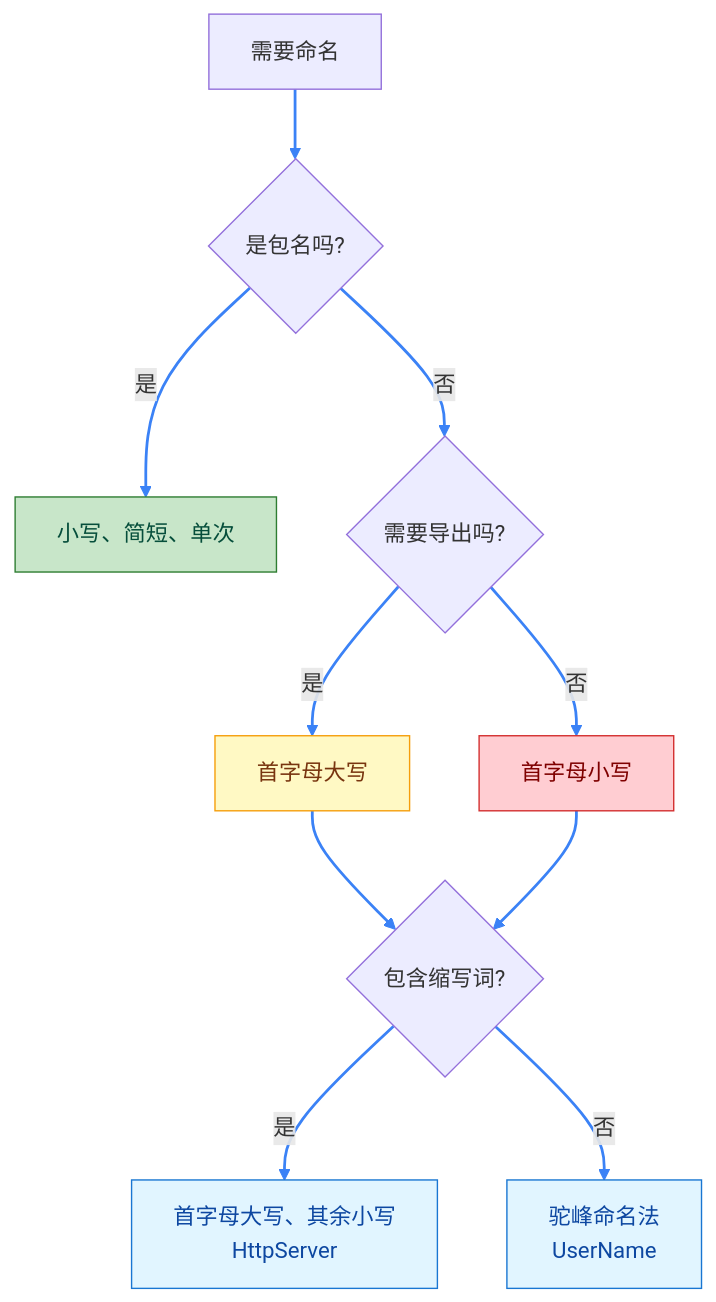
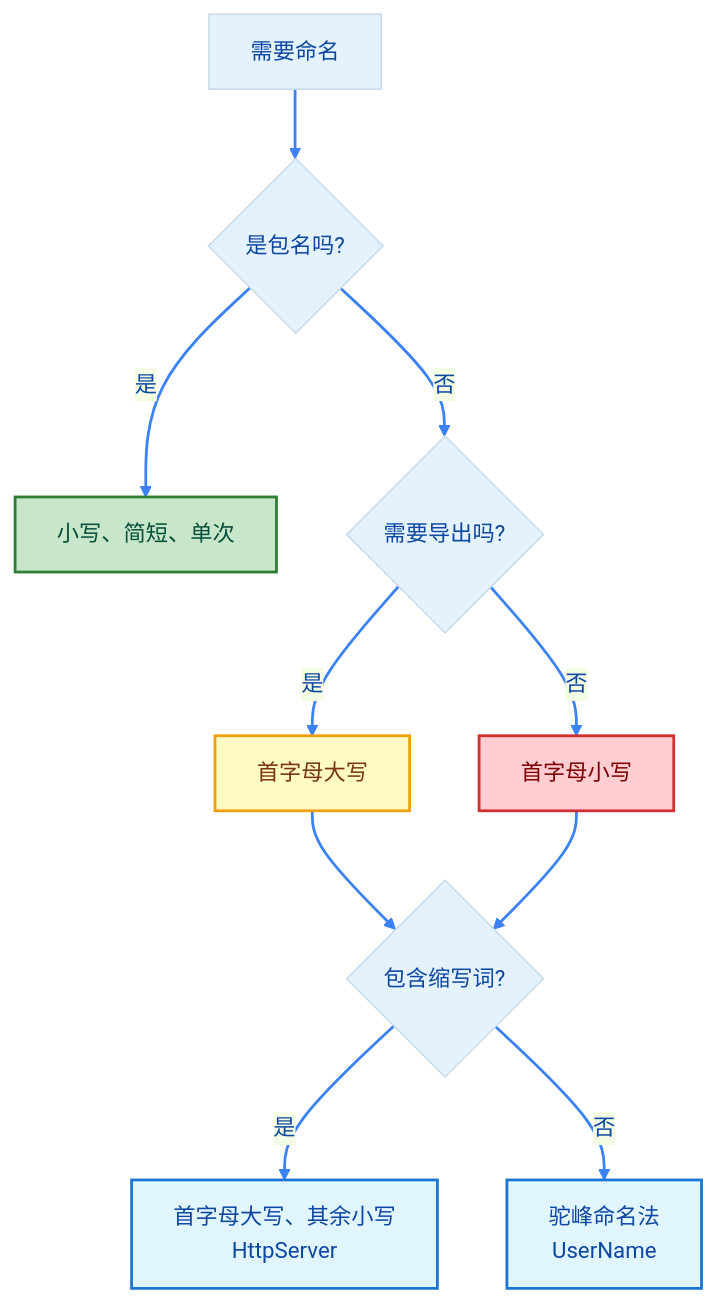
The diagram in docs/zh/golang/fundamentals/naming-conventions.mdx (lazygophers/knowledge), drawn with Mermaid before and after one commit. The commit also changed 10 other files, not shown here.

First line of the commit message:
docs(golang): 修复 Mermaid 箭头样式和连接线颜色

````diff
--- a/docs/zh/golang/fundamentals/naming-conventions.mdx
+++ b/docs/zh/golang/fundamentals/naming-conventions.mdx
@@ -233,28 +233,29 @@
 ```mermaid
+%%{init: {'theme':'base', 'themeVariables': { 'lineColor':'#3b82f6', 'primaryColor':'#e3f2fd', 'primaryTextColor':'#0d47a1'}}}%%
 flowchart TD
     A[需要命名] --> B{是包名吗?}
     B -->|是| C[小写、简短、单次]
     B -->|否| D{需要导出吗?}
 
     D -->|是| E[首字母大写]
     D -->|否| F[首字母小写]
 
     E --> G{包含缩写词?}
     F --> G
 
     G -->|是| H[首字母大写、其余小写<br/>HttpServer]
     G -->|否| I[驼峰命名法<br/>UserName]
 
     linkStyle default stroke:#3b82f6,stroke-width:2px
-    classDef pkgName fill:#c8e6c9,stroke:#2e7d32,color:#064e3b
-    classDef exported fill:#fff9c4,stroke:#f59e0b,color:#78350f
-    classDef private fill:#ffcdd2,stroke:#d32f2f,color:#7f0000
-    classDef abbrev fill:#e1f5ff,stroke:#1976d2,color:#0d47a1
-    classDef camel fill:#e1f5ff,stroke:#1976d2,color:#0d47a1
+    classDef pkgName fill:#c8e6c9,stroke:#2e7d32,stroke-width:2px,color:#064e3b
+    classDef exported fill:#fff9c4,stroke:#f59e0b,stroke-width:2px,color:#78350f
+    classDef private fill:#ffcdd2,stroke:#d32f2f,stroke-width:2px,color:#7f0000
+    classDef abbrev fill:#e1f5ff,stroke:#1976d2,stroke-width:2px,color:#0d47a1
+    classDef camel fill:#e1f5ff,stroke:#1976d2,stroke-width:2px,color:#0d47a1
 
     class C pkgName
     class E exported
     class F private
     class H abbrev
     class I camel
 ```
````
